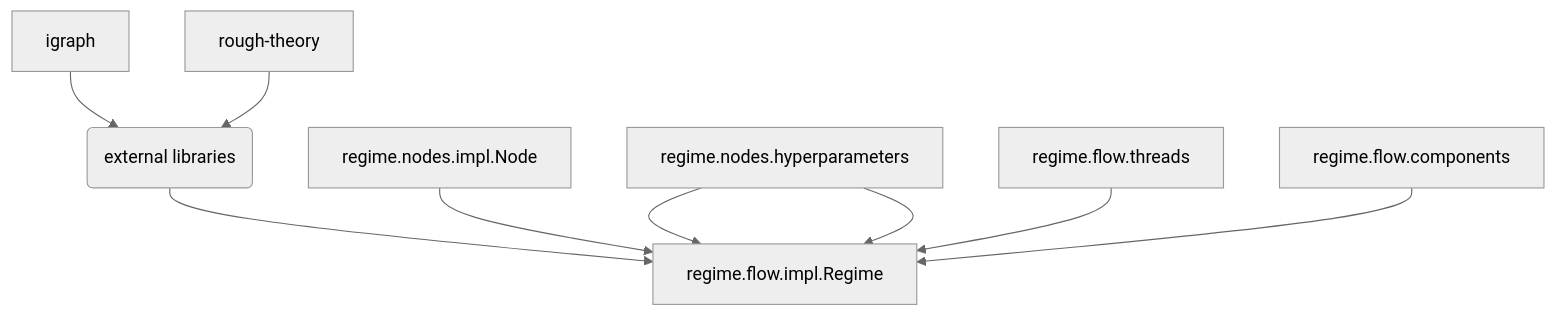
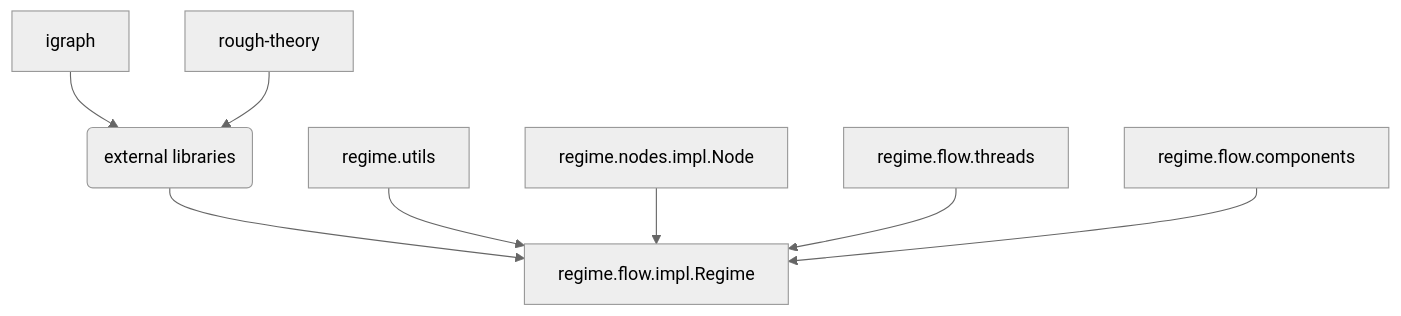
The second of 2 diagrams in README.md (johnHostetter/regime), drawn with Mermaid (neutral theme) before and after one commit. The commit also changed other lines of this file and 5 other files, not shown here.

````diff
--- a/README.md
+++ b/README.md
@@ -73,11 +71,10 @@
 ```mermaid
 graph TD;
     igraph --> id(external libraries);
     rough-theory --> id(external libraries);
     id(external libraries) --> regime.flow.impl.Regime;
+    regime.utils --> regime.flow.impl.Regime;
     regime.nodes.impl.Node --> regime.flow.impl.Regime;
-    regime.nodes.hyperparameters --> regime.flow.impl.Regime;
     regime.flow.threads --> regime.flow.impl.Regime;
     regime.flow.components --> regime.flow.impl.Regime;
-    regime.nodes.hyperparameters --> regime.flow.impl.Regime;
 ```
````
